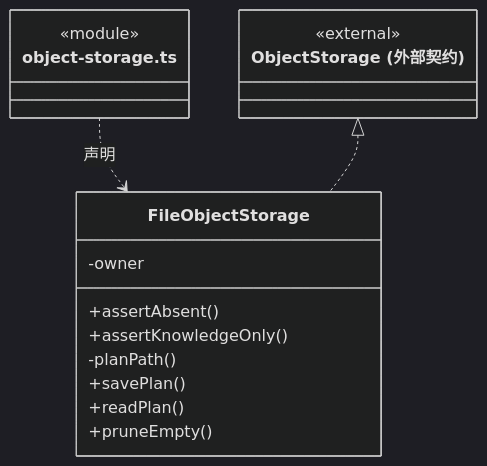
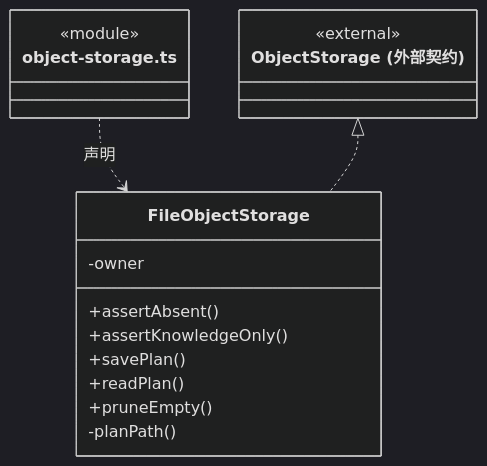
Before and after one commit to nan023062/cbim: the third of 4 diagrams in src/backend/main/persistence/knowledge/ARCHITECTURE.md, drawn with Mermaid (dark theme). The commit also changed other lines of this file and 240 other files, not shown here.

````diff
--- a/src/backend/main/persistence/knowledge/ARCHITECTURE.md
+++ b/src/backend/main/persistence/knowledge/ARCHITECTURE.md
@@ -99,20 +100,20 @@
 ```mermaid
 classDiagram
 class N_src_backend_main_persistence_knowledge_object_storage_ts["object-storage.ts"] {
   <<module>>
 }
 class N_src_backend_main_persistence_knowledge_object_storage_ts_FileObjectStorage["FileObjectStorage"] {
-  -owner
   +assertAbsent()
   +assertKnowledgeOnly()
-  -planPath()
   +savePlan()
   +readPlan()
   +pruneEmpty()
+  -owner
+  -planPath()
 }
 N_src_backend_main_persistence_knowledge_object_storage_ts ..> N_src_backend_main_persistence_knowledge_object_storage_ts_FileObjectStorage : 声明
 class N_src_backend_main_persistence_knowledge_object_storage_ts_external_ObjectStorage["ObjectStorage (外部契约)"] {
   <<external>>
 }
 N_src_backend_main_persistence_knowledge_object_storage_ts_external_ObjectStorage <|.. N_src_backend_main_persistence_knowledge_object_storage_ts_FileObjectStorage
 ```
````
